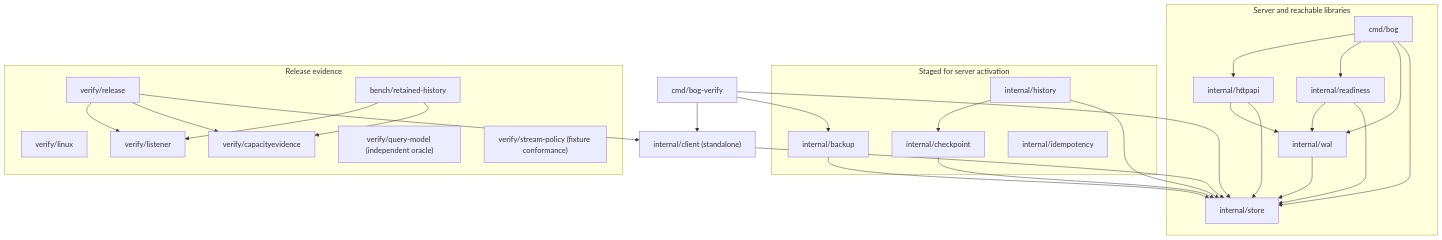
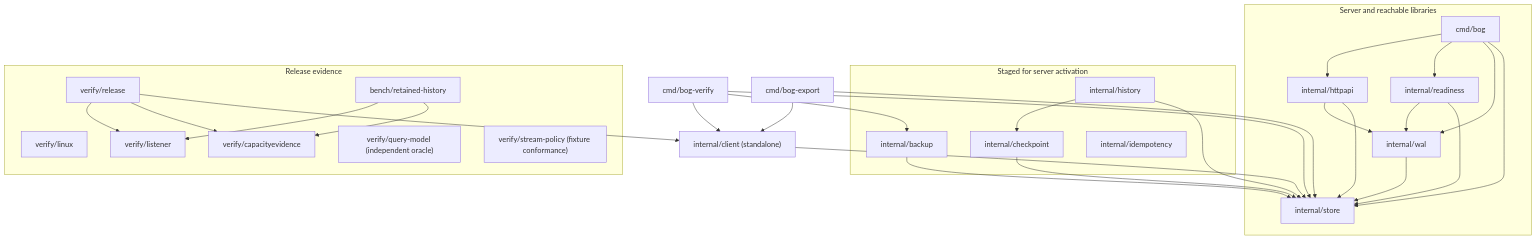
Before and after one commit to tflynn3/bog: the diagram in docs/architecture/SYSTEM.md, drawn with Mermaid. The commit also changed other lines of this file and 10 other files, not shown here.

Commit message:
bog: Land retained runtime wiring with measured architecture fitness

````diff
--- a/docs/architecture/SYSTEM.md
+++ b/docs/architecture/SYSTEM.md
@@ -34,49 +29,52 @@
 ```mermaid
 flowchart TD
     subgraph Runtime["Server and reachable libraries"]
         Cmd["cmd/bog"]
         HTTP["internal/httpapi"]
         Ready["internal/readiness"]
         WAL["internal/wal"]
         Store["internal/store"]
         Cmd --> HTTP
         Cmd --> Ready
         Cmd --> WAL
         Cmd --> Store
         HTTP --> WAL
         HTTP --> Store
         Ready --> WAL
         Ready --> Store
         WAL --> Store
     end
     Operator["cmd/bog-verify"]
+    Export["cmd/bog-export"]
     subgraph Staged["Staged for server activation"]
         Checkpoint["internal/checkpoint"]
         History["internal/history"]
         Backup["internal/backup"]
         Idempotency["internal/idempotency"]
         History --> Checkpoint
     end
     Client["internal/client (standalone)"]
     Checkpoint --> Store
     History --> Store
     Backup --> Store
     Operator --> Backup
     Operator --> Client
     Operator --> Store
+    Export --> Client
+    Export --> Store
     Client --> Store
     subgraph Evidence["Release evidence"]
         Admission["verify/release"]
         Durability["verify/linux"]
         Capacity["bench/retained-history"]
         CapacityEvidence["verify/capacityevidence"]
         Listener["verify/listener"]
         Model["verify/query-model (independent oracle)"]
         StreamPolicy["verify/stream-policy (fixture conformance)"]
         Admission --> Listener
         Capacity --> Listener
         Admission --> CapacityEvidence
         Capacity --> CapacityEvidence
     end
     Admission --> Client
 ```
````
